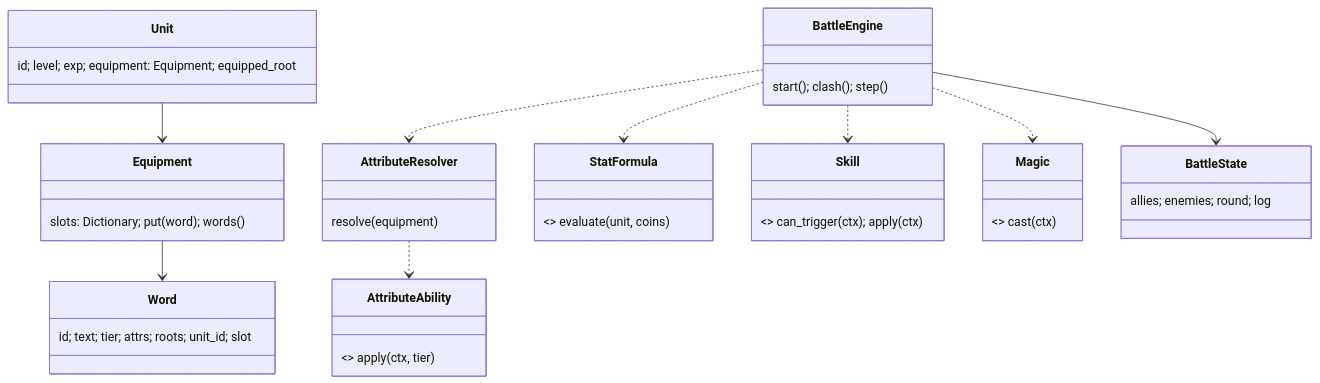
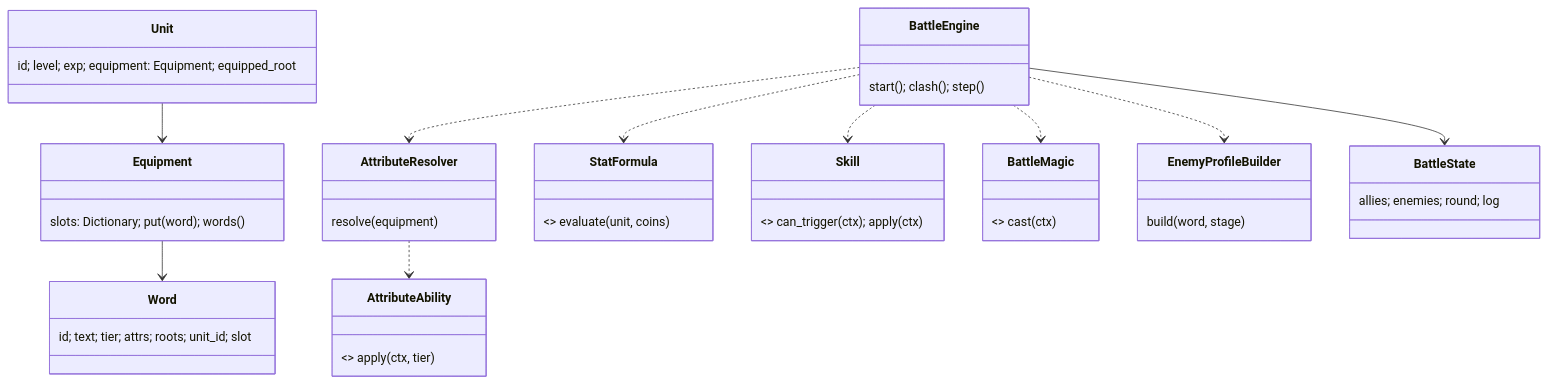
The second of 2 diagrams in docs/dev/architecture.md (rosymaro/etymology-rpg), drawn with Mermaid before and after one commit. The commit also changed other lines of this file and 29 other files, not shown here.

````diff
--- a/docs/dev/architecture.md
+++ b/docs/dev/architecture.md
@@ -50,21 +54,23 @@
 ```mermaid
 classDiagram
   class Word { id; text; tier; attrs; roots; unit_id; slot }
   class Unit { id; level; exp; equipment: Equipment; equipped_root }
   class Equipment { slots: Dictionary; put(word); words() }
   class AttributeResolver { resolve(equipment) }
   class AttributeAbility { <<interface>> apply(ctx, tier) }
   class StatFormula { <<interface>> evaluate(unit, coins) }
   class Skill { <<interface>> can_trigger(ctx); apply(ctx) }
-  class Magic { <<interface>> cast(ctx) }
+  class BattleMagic { <<interface>> cast(ctx) }
+  class EnemyProfileBuilder { build(word, stage) }
   class BattleState { allies; enemies; round; log }
   class BattleEngine { start(); clash(); step() }
   Unit --> Equipment
   Equipment --> Word
   BattleEngine --> BattleState
   BattleEngine ..> StatFormula
   BattleEngine ..> Skill
-  BattleEngine ..> Magic
+  BattleEngine ..> BattleMagic
+  BattleEngine ..> EnemyProfileBuilder
   BattleEngine ..> AttributeResolver
   AttributeResolver ..> AttributeAbility
 ```
````
